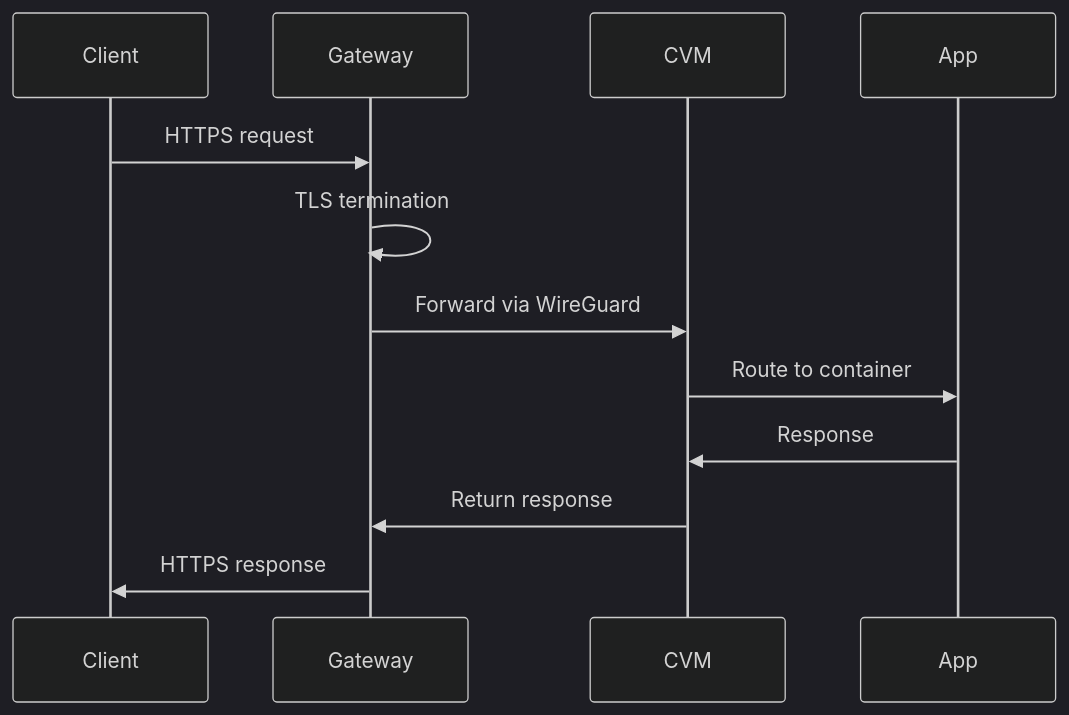
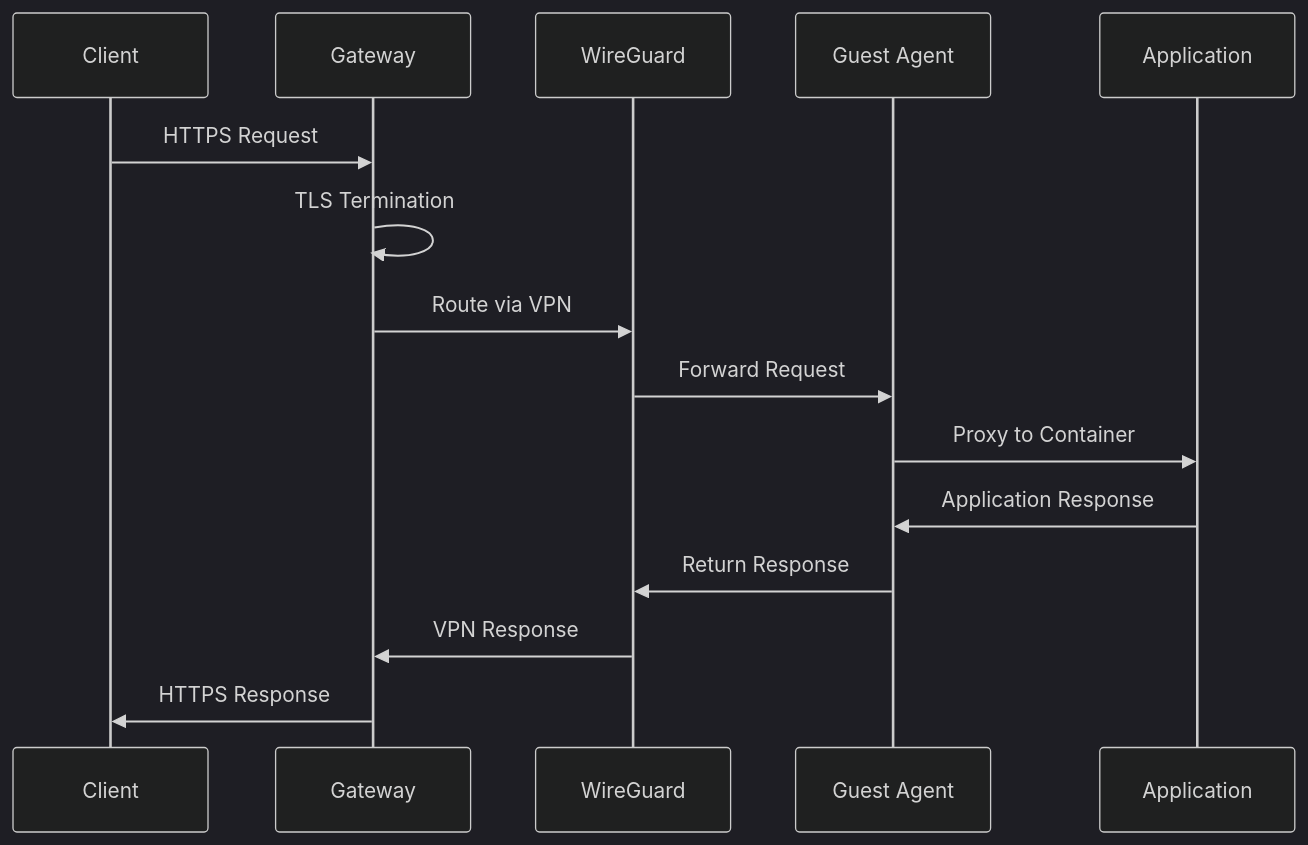
Before and after one commit to Dstack-TEE/dstack: the seventh of 13 diagrams in docs/concepts/architecture.mdx, drawn with Mermaid (dark theme). The commit also changed other lines of this file and 32 other files, not shown here.

````diff
--- a/docs/concepts/architecture.mdx
+++ b/docs/concepts/architecture.mdx
@@ -272,15 +403,18 @@
 ```mermaid
 sequenceDiagram
     participant Client
-    participant Gateway
-    participant CVM
-    participant App
-    
-    Client->>Gateway: HTTPS request
-    Gateway->>Gateway: TLS termination
-    Gateway->>CVM: Forward via WireGuard
-    CVM->>App: Route to container
-    App->>CVM: Response
-    CVM->>Gateway: Return response
-    Gateway->>Client: HTTPS response
+    participant GW as Gateway
+    participant WG as WireGuard
+    participant GA as Guest Agent
+    participant App as Application
+
+    Client->>GW: HTTPS Request
+    GW->>GW: TLS Termination
+    GW->>WG: Route via VPN
+    WG->>GA: Forward Request  
+    GA->>App: Proxy to Container
+    App->>GA: Application Response
+    GA->>WG: Return Response
+    WG->>GW: VPN Response
+    GW->>Client: HTTPS Response
 ```
````
